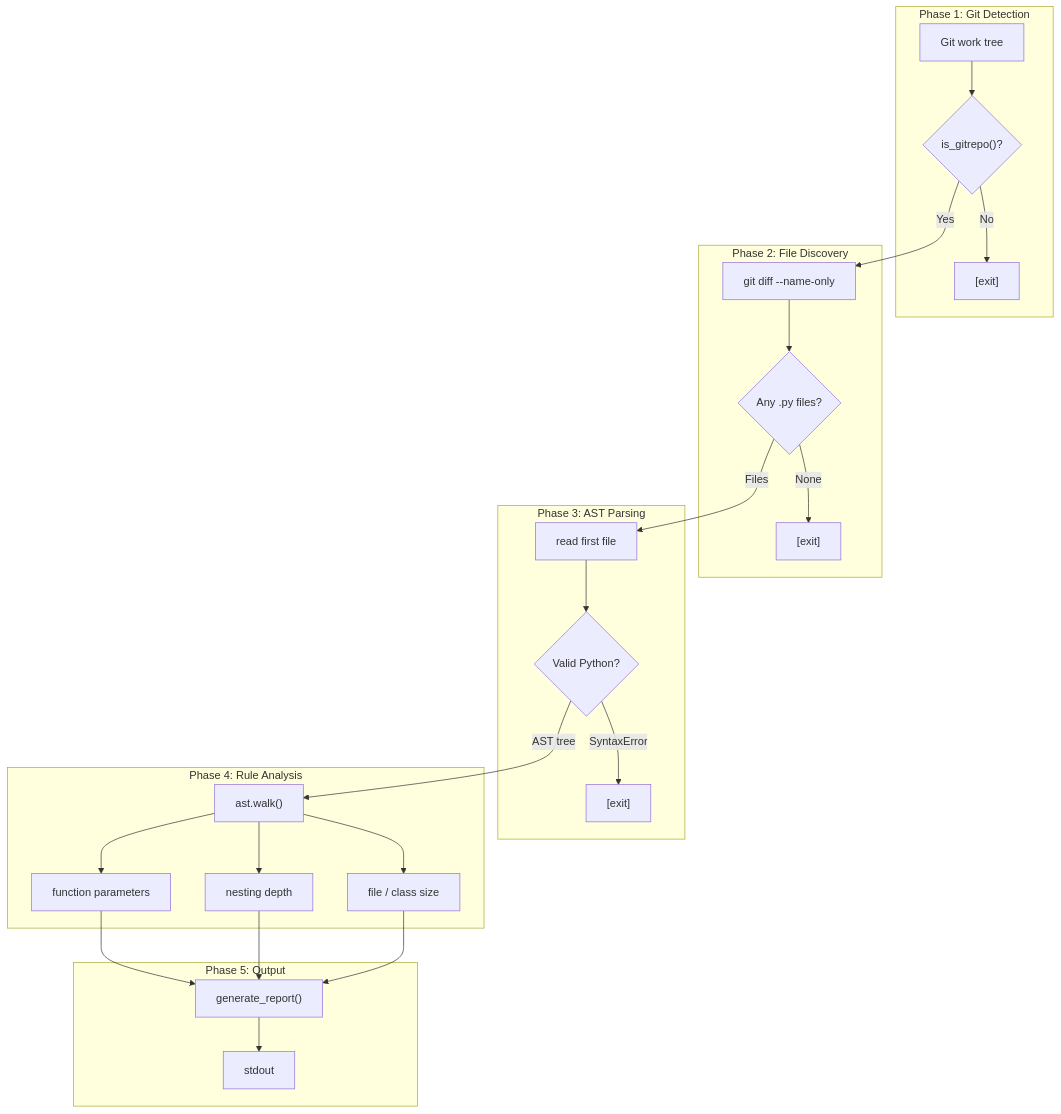
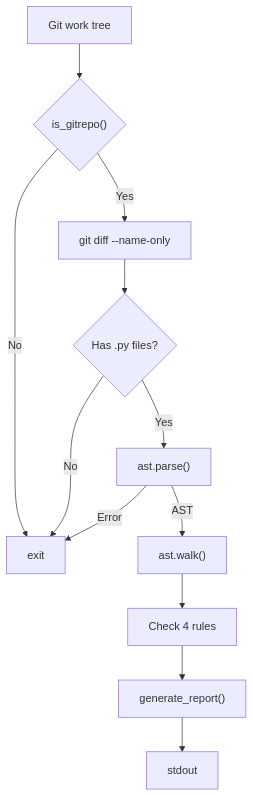
One commit to mukundzha/avouch changed the diagram in README.md. Above: the diagram before and after it, drawn with Mermaid. The commit also changed other lines of this file, not shown here.

````diff
--- a/README.md
+++ b/README.md
@@ -78,33 +78,14 @@
 ```mermaid
 flowchart TD
-    subgraph P1["Phase 1: Git Detection"]
-        A["Git work tree"] --> B{"is_gitrepo()?"}
-        B -->|No| X1["[exit]"]
-    end
-
-    subgraph P2["Phase 2: File Discovery"]
-        B -->|Yes| C["git diff --name-only"]
-        C --> D{"Any .py files?"}
-        D -->|None| X2["[exit]"]
-    end
-
-    subgraph P3["Phase 3: AST Parsing"]
-        D -->|Files| E["read first file"]
-        E --> F{"Valid Python?"}
-        F -->|SyntaxError| X3["[exit]"]
-    end
-
-    subgraph P4["Phase 4: Rule Analysis"]
-        F -->|AST tree| G["ast.walk()"]
-        G --> H["function parameters"]
-        G --> I["nesting depth"]
-        G --> J["file / class size"]
-    end
-
-    subgraph P5["Phase 5: Output"]
-        H --> K["generate_report()"]
-        I --> K
-        J --> K
-        K --> L["stdout"]
-    end
+    A["Git work tree"] --> B{"is_gitrepo()"}
+    B -- "No" --> X["exit"]
+    B -- "Yes" --> C["git diff --name-only"]
+    C --> D{"Has .py files?"}
+    D -- "No" --> X
+    D -- "Yes" --> F["ast.parse()"]
+    F -- "Error" --> X
+    F -- "AST" --> G["ast.walk()"]
+    G --> H["Check 4 rules"]
+    H --> I["generate_report()"]
+    I --> J["stdout"]
 ```
````
